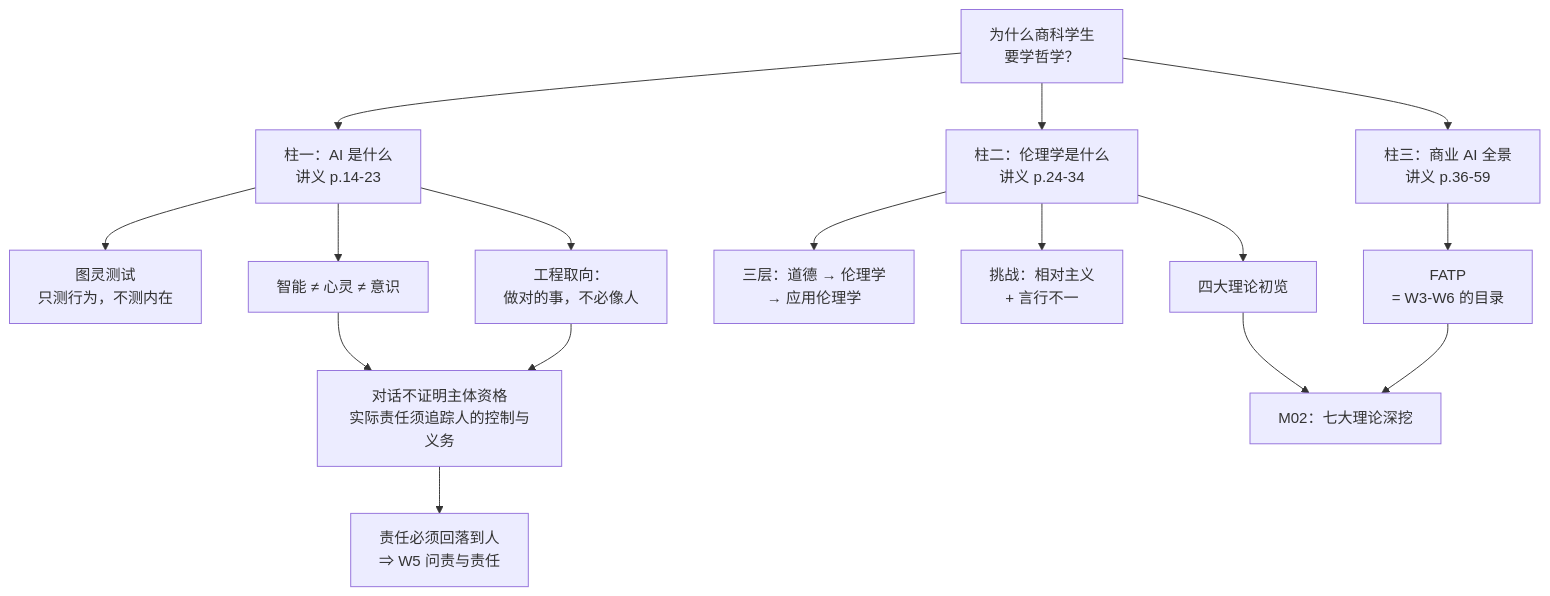
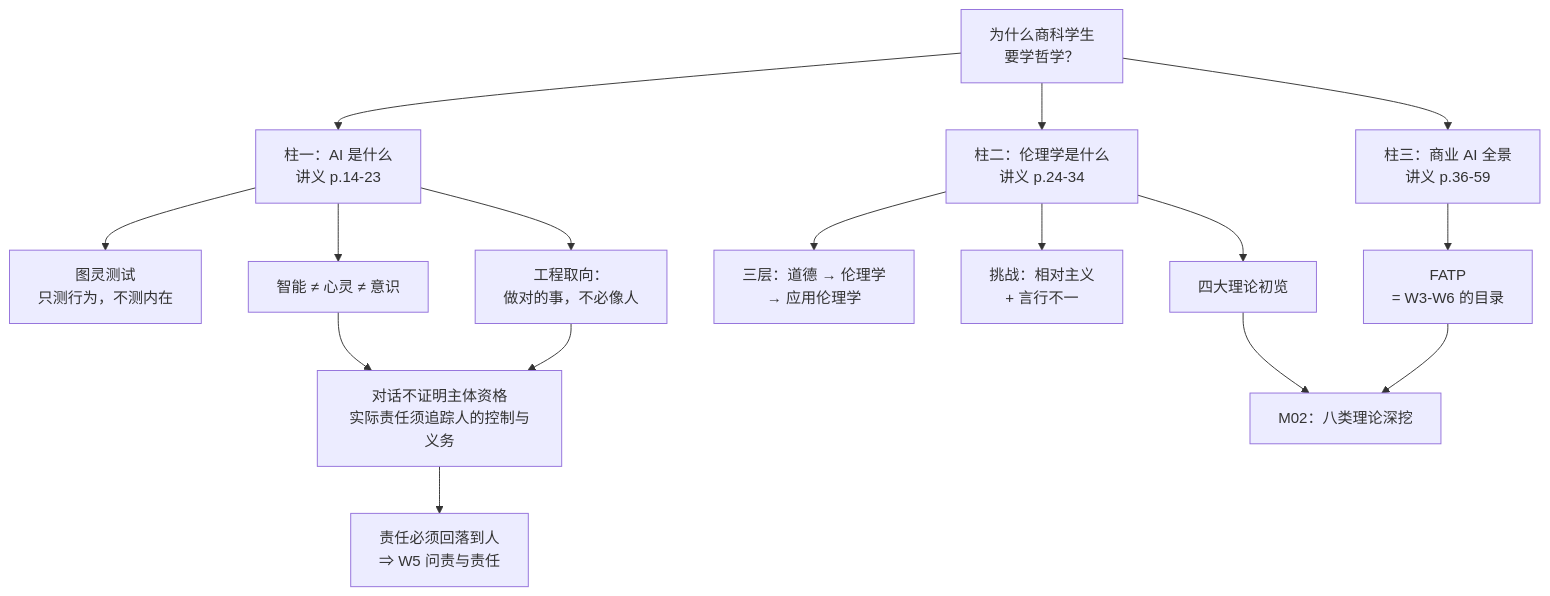
The seventh of 9 diagrams in IS5113_AI_Ethics_and_Regulations/notes/M01-导论-AI与伦理.md (CercaTrovato/cityu-ai-course-notes), drawn with Mermaid before and after one commit. The commit also changed other lines of this file and 224 other files, not shown here.

First line of the commit message:
完善五门课图文可读性并更新仓库首页

````diff
--- a/IS5113_AI_Ethics_and_Regulations/notes/M01-导论-AI与伦理.md
+++ b/IS5113_AI_Ethics_and_Regulations/notes/M01-导论-AI与伦理.md
@@ -1026,22 +1699,22 @@
 ```mermaid
 flowchart TD
     Q["为什么商科学生<br/>要学哲学？"] --> A["柱一：AI 是什么<br/>讲义 p.14-23"]
     Q --> B["柱二：伦理学是什么<br/>讲义 p.24-34"]
     Q --> C["柱三：商业 AI 全景<br/>讲义 p.36-59"]
 
     A --> A1["图灵测试<br/>只测行为，不测内在"]
     A --> A2["智能 ≠ 心灵 ≠ 意识"]
     A --> A3["工程取向：<br/>做对的事，不必像人"]
 
     B --> B1["三层：道德 → 伦理学<br/>→ 应用伦理学"]
     B --> B2["挑战：相对主义<br/>+ 言行不一"]
     B --> B3["四大理论初览"]
 
     C --> C1["FATP<br/>= W3-W6 的目录"]
 
     A2 --> D["对话不证明主体资格<br/>实际责任须追踪人的控制与义务"]
     A3 --> D
     D --> E["责任必须回落到人<br/>⇒ W5 问责与责任"]
-    B3 --> F["M02：七大理论深挖"]
+    B3 --> F["M02：八类理论深挖"]
     C1 --> F
 ```
````
